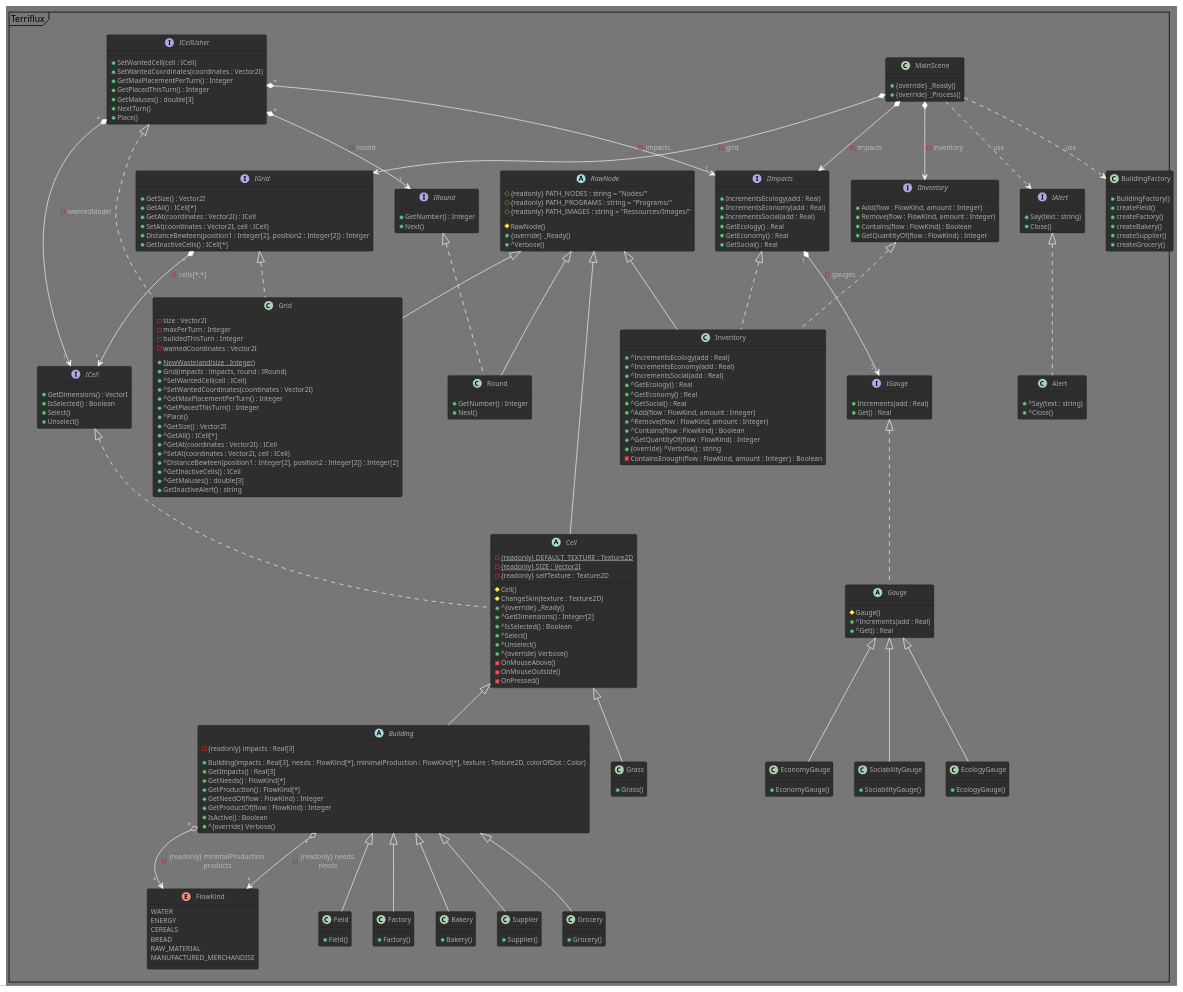
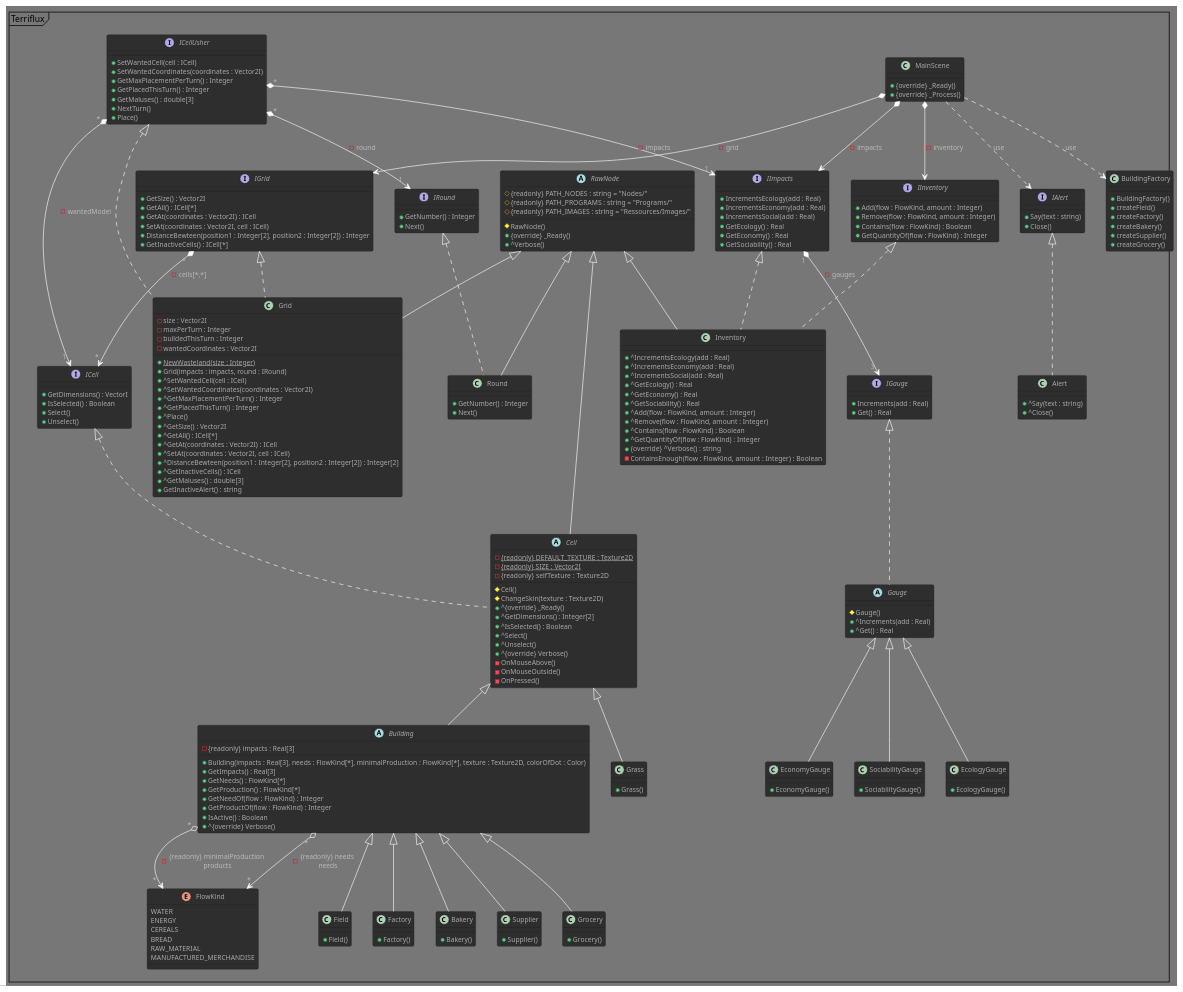
One commit to Spidermatou/Terriflux changed the diagram in Terriflux.puml. Above: the diagram before and after it, drawn with PlantUML. The commit also changed 3 other files, not shown here.

```diff
--- a/Terriflux.puml
+++ b/Terriflux.puml
@@ -202,7 +202,7 @@
     + IncrementsSocial(add : Real)
     + GetEcology() : Real
     + GetEconomy() : Real
-    + GetSocial() : Real
+    + GetSociability() : Real
 }
 IImpacts" 1 " *--> " 3 "IGauge : - gauges
 interface IInventory 
@@ -219,7 +219,7 @@
     + ^IncrementsSocial(add : Real)
     + ^GetEcology() : Real
     + ^GetEconomy() : Real
-    + ^GetSocial() : Real
+    + ^GetSociability() : Real
     + ^Add(flow : FlowKind, amount : Integer)
     + ^Remove(flow : FlowKind, amount : Integer)
     + ^Contains(flow : FlowKind) : Boolean
```
